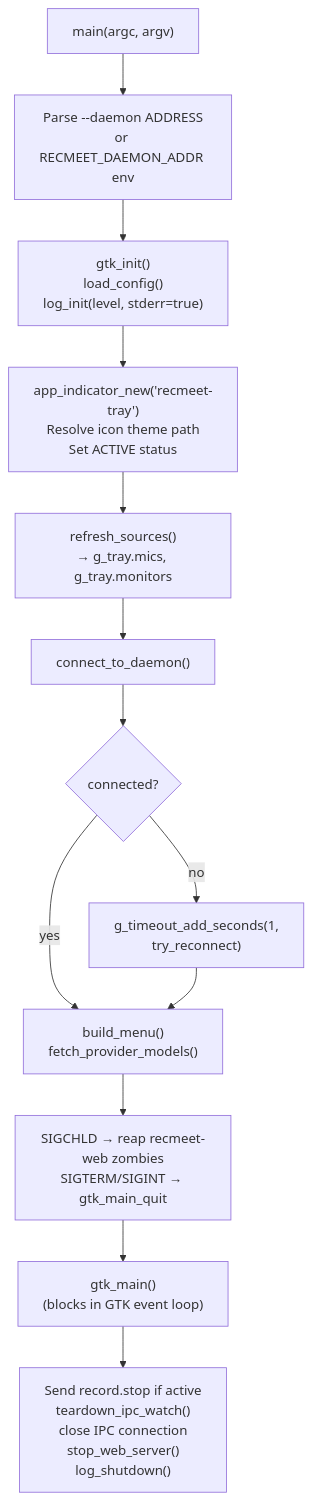
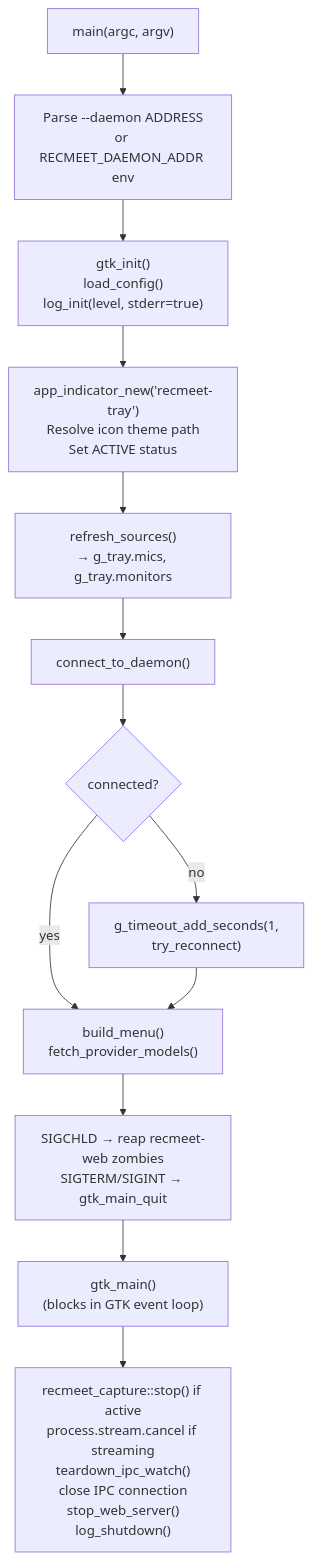
Before and after one commit to suykerbuyk/recmeet: diagram 18 of 33 in docs/COMPONENT-DIAGRAMS.md, drawn with Mermaid. The commit also changed other lines of this file and 19 other files, not shown here.

````diff
--- a/docs/COMPONENT-DIAGRAMS.md
+++ b/docs/COMPONENT-DIAGRAMS.md
@@ -848,21 +1033,21 @@
 ```mermaid
 flowchart TD
     MAIN["main(argc, argv)"]
     PARSE["Parse --daemon ADDRESS<br/>or RECMEET_DAEMON_ADDR env"]
     INIT["gtk_init()<br/>load_config()<br/>log_init(level, stderr=true)"]
     INDICATOR["app_indicator_new('recmeet-tray')<br/>Resolve icon theme path<br/>Set ACTIVE status"]
     SOURCES["refresh_sources()<br/>→ g_tray.mics, g_tray.monitors"]
     CONNECT["connect_to_daemon()"]
     CONNECT_OK{connected?}
     MENU["build_menu()<br/>fetch_provider_models()"]
     SIGNALS["SIGCHLD → reap recmeet-web zombies<br/>SIGTERM/SIGINT → gtk_main_quit"]
     GTK_MAIN["gtk_main()<br/>(blocks in GTK event loop)"]
-    CLEANUP["Send record.stop if active<br/>teardown_ipc_watch()<br/>close IPC connection<br/>stop_web_server()<br/>log_shutdown()"]
+    CLEANUP["recmeet_capture::stop() if active<br/>process.stream.cancel if streaming<br/>teardown_ipc_watch()<br/>close IPC connection<br/>stop_web_server()<br/>log_shutdown()"]
 
     MAIN --> PARSE --> INIT --> INDICATOR --> SOURCES --> CONNECT
     CONNECT --> CONNECT_OK
     CONNECT_OK -->|"yes"| MENU
     CONNECT_OK -->|"no"| RECONNECT_SCHED["g_timeout_add_seconds(1,<br/>try_reconnect)"]
     RECONNECT_SCHED --> MENU
     MENU --> SIGNALS --> GTK_MAIN --> CLEANUP
 ```
````
